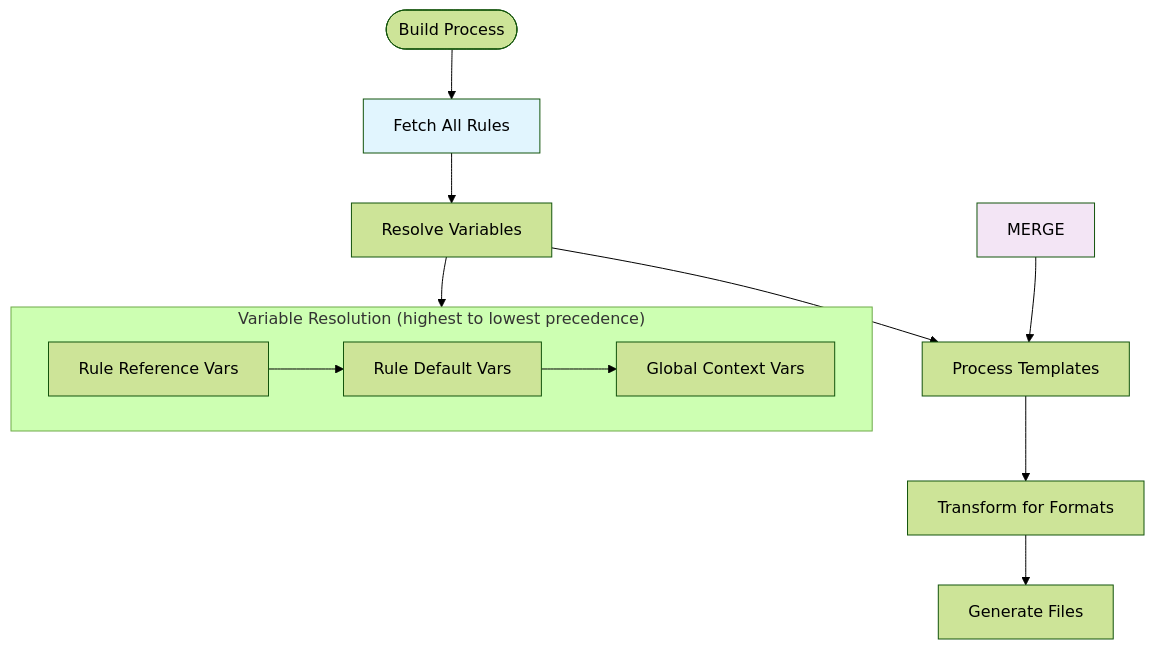
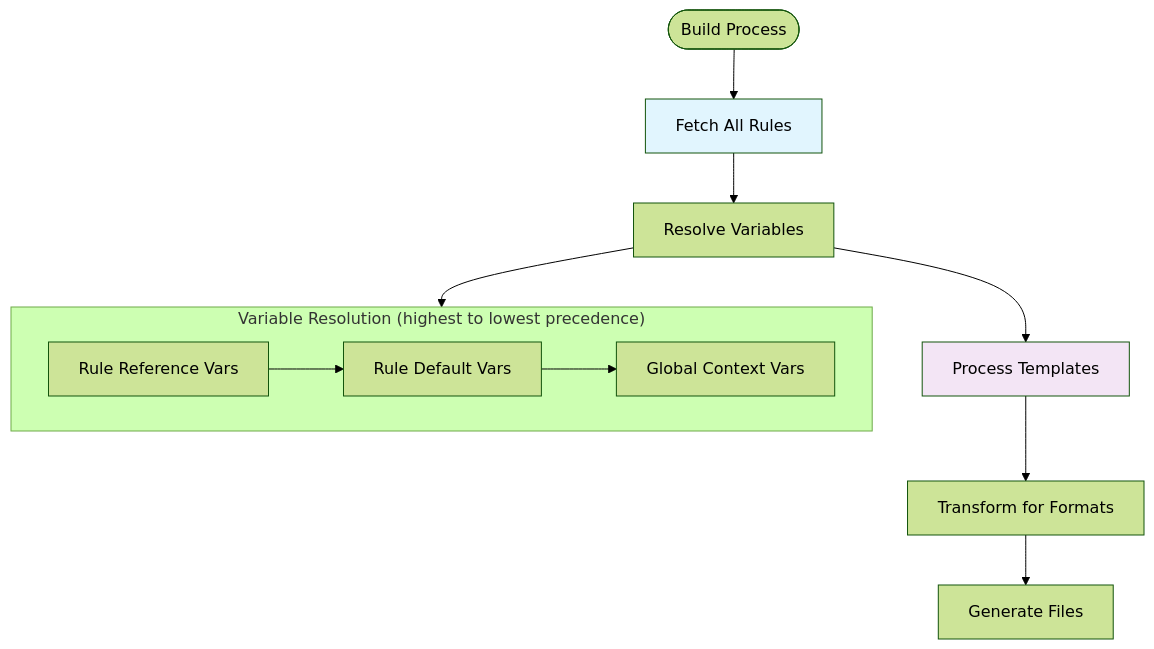
Before and after one commit to contextureai/contexture: the diagram in docs/core-concepts/rules.md, drawn with Mermaid (forest theme). The commit also changed 24 other files, not shown here.

````diff
--- a/docs/core-concepts/rules.md
+++ b/docs/core-concepts/rules.md
@@ -129,22 +129,21 @@
 ```mermaid
 flowchart TD
     START([Build Process]) --> FETCH[Fetch All Rules]
 
     FETCH --> RESOLVE[Resolve Variables]
     RESOLVE --> TEMPLATE[Process Templates]
     TEMPLATE --> TRANSFORM[Transform for Formats]
 
     subgraph "Variable Resolution (highest to lowest precedence)"
         direction LR
         REF[Rule Reference Vars] --> DEFAULT[Rule Default Vars]
         DEFAULT --> GLOBAL[Global Context Vars]
     end
 
     RESOLVE --> REF
-    MERGE --> TEMPLATE
 
     TRANSFORM --> OUTPUT[Generate Files]
 
     style FETCH fill:#e1f5fe
-    style MERGE fill:#f3e5f5
+    style TEMPLATE fill:#f3e5f5
 ```
````
